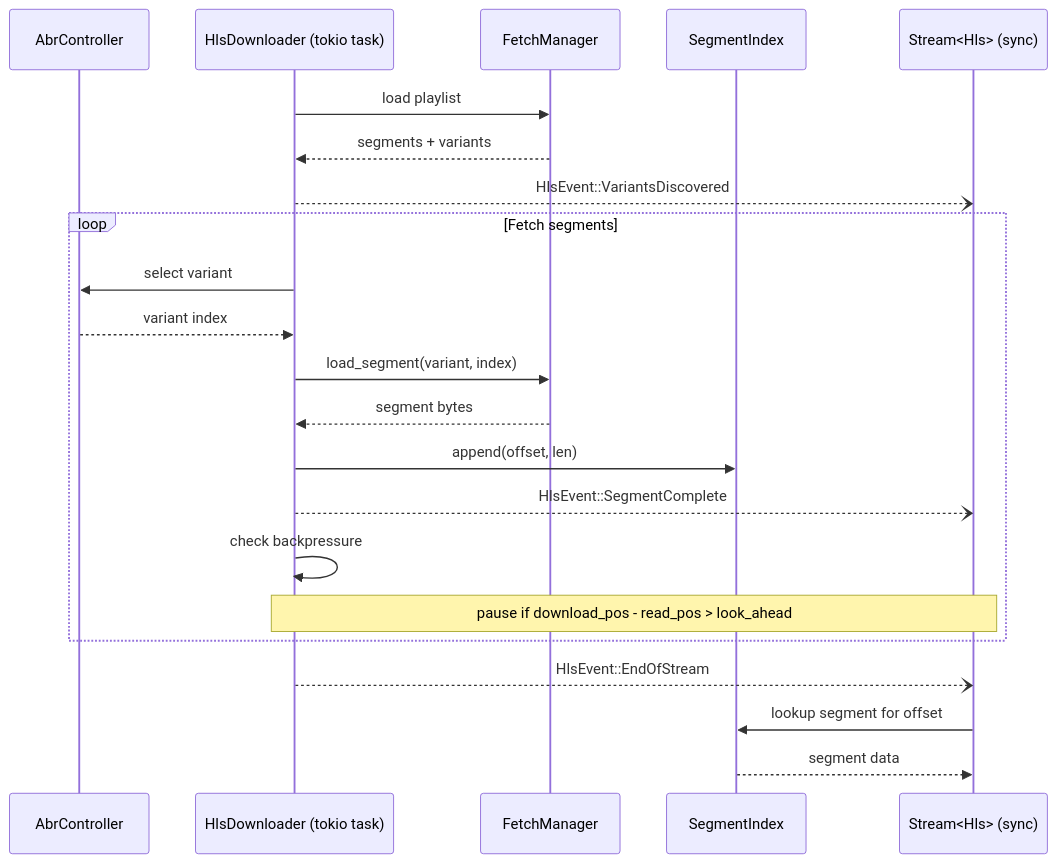
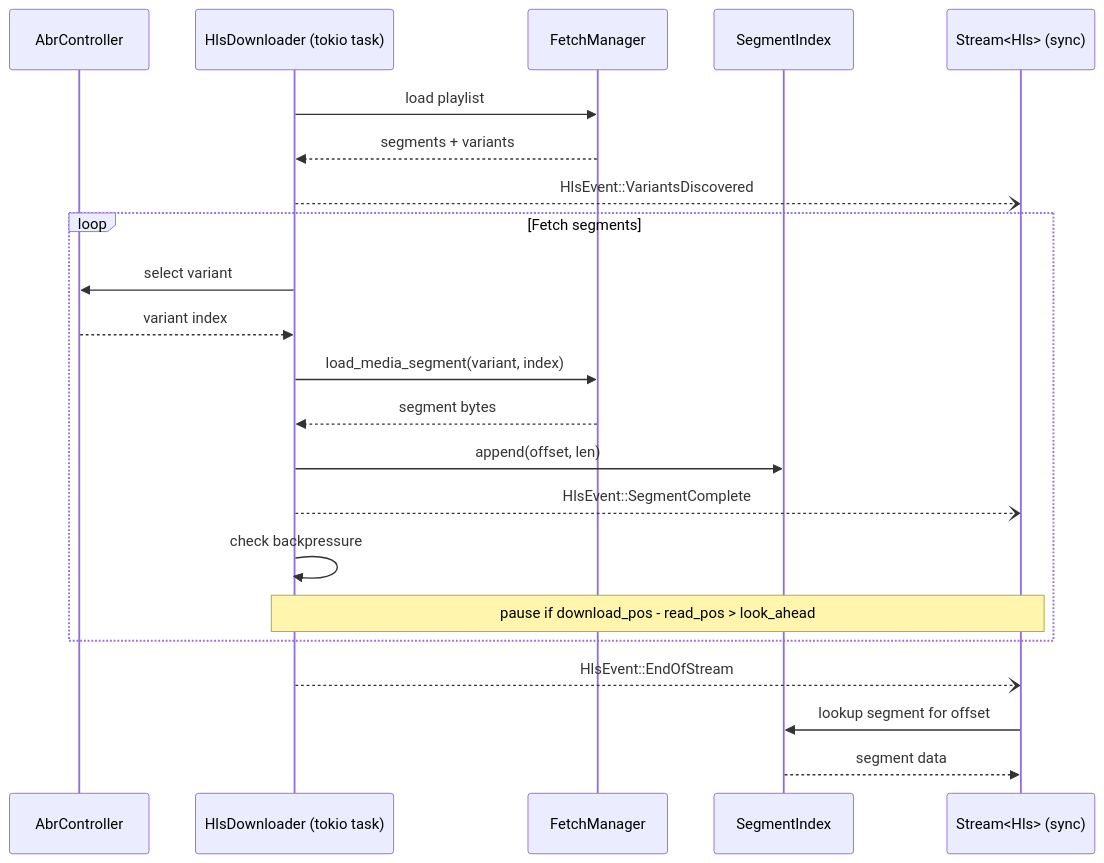
Before and after one commit to zvuk/kithara: the diagram in crates/kithara-hls/README.md, drawn with Mermaid. The commit also changed 17 other files, not shown here.

````diff
--- a/crates/kithara-hls/README.md
+++ b/crates/kithara-hls/README.md
@@ -21,28 +21,28 @@
 ```mermaid
 sequenceDiagram
     participant ABR as AbrController
     participant DL as HlsDownloader (tokio task)
     participant FM as FetchManager
     participant SI as SegmentIndex
     participant S as Stream<Hls> (sync)
 
     DL->>FM: load playlist
     FM-->>DL: segments + variants
     DL--)S: HlsEvent::VariantsDiscovered
 
     loop Fetch segments
         DL->>ABR: select variant
         ABR-->>DL: variant index
-        DL->>FM: load_segment(variant, index)
+        DL->>FM: load_media_segment(variant, index)
         FM-->>DL: segment bytes
         DL->>SI: append(offset, len)
         DL--)S: HlsEvent::SegmentComplete
         DL->>DL: check backpressure
         Note over DL,S: pause if download_pos - read_pos > look_ahead
     end
 
     DL--)S: HlsEvent::EndOfStream
 
     S->>SI: lookup segment for offset
     SI-->>S: segment data
 ```
````
